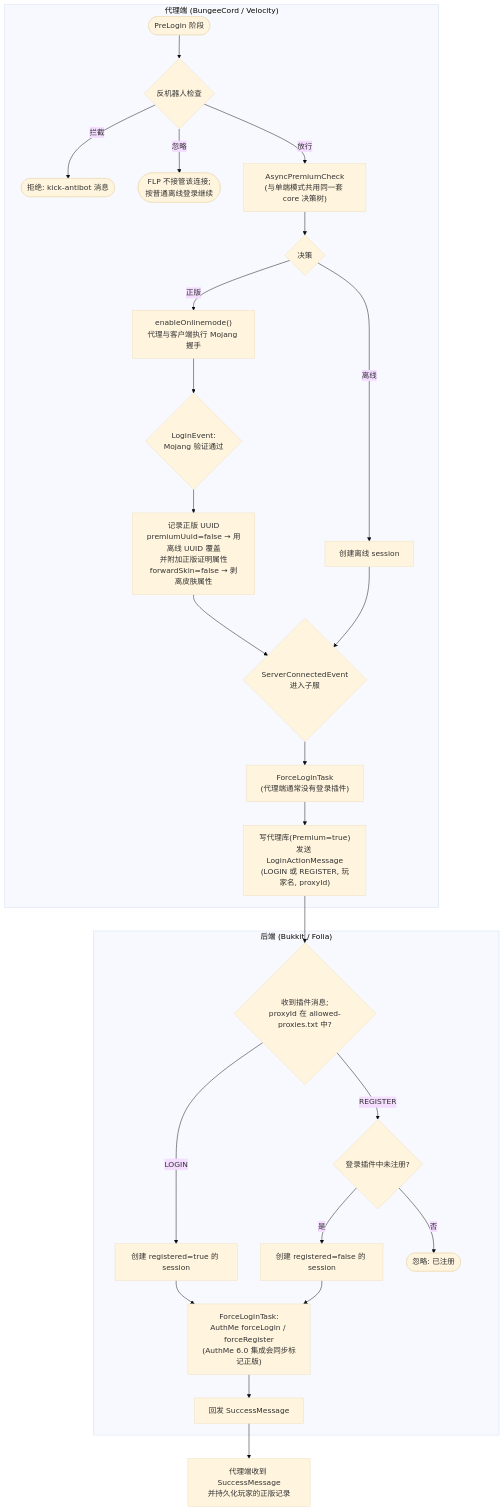
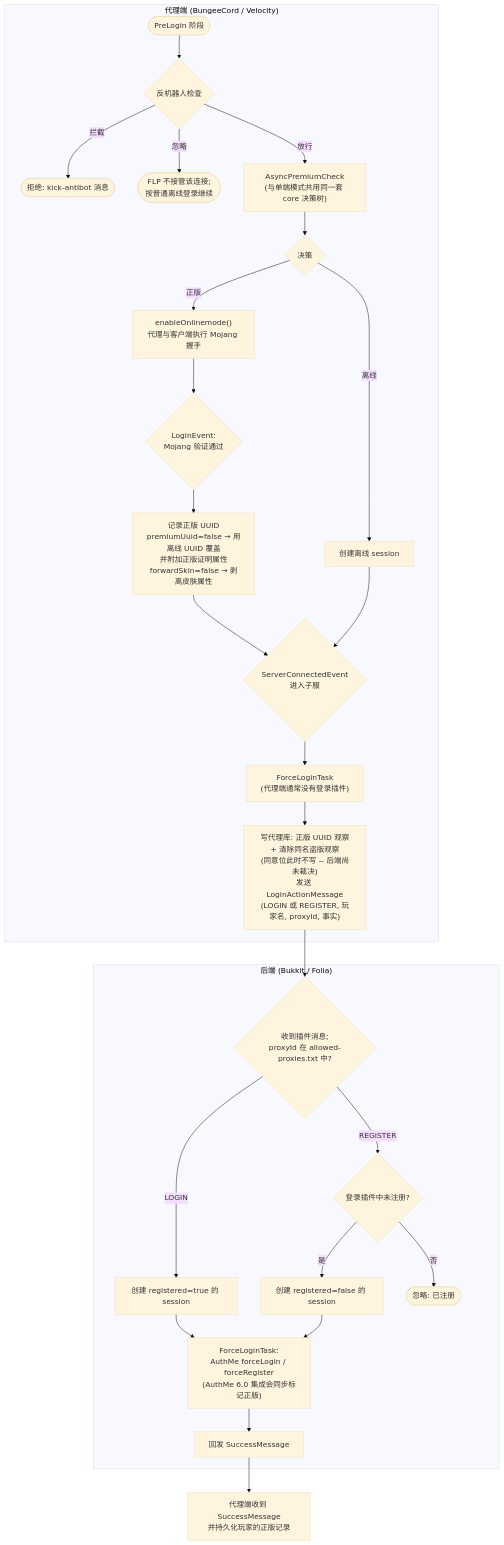
One commit to Hayston1001/FastLoginPlus changed the fourth of 4 diagrams in docs/zh/LOGIN-FLOW.md. Above: the diagram before and after it, drawn with Mermaid (base theme). The commit also changed other lines of this file and 1 other file, not shown here.

````diff
--- a/docs/zh/LOGIN-FLOW.md
+++ b/docs/zh/LOGIN-FLOW.md
@@ -222,32 +224,32 @@
 ```mermaid
 flowchart TD
     subgraph PROXY ["代理端 (BungeeCord / Velocity)"]
         P1([PreLogin 阶段]) --> P2{反机器人检查}
         P2 -->|拦截| P3([拒绝: kick-antibot 消息])
         P2 -->|忽略| P4([FLP 不接管该连接;<br/>按普通离线登录继续])
         P2 -->|放行| P5["AsyncPremiumCheck<br/>(与单端模式共用同一套 core 决策树)"]
         P5 --> P6{决策}
         P6 -->|正版| P7["enableOnlinemode()<br/>代理与客户端执行 Mojang 握手"]
         P6 -->|离线| P8[创建离线 session]
         P7 --> P9{"LoginEvent:<br/>Mojang 验证通过"}
         P9 --> P10["记录正版 UUID<br/>premiumUuid=false → 用离线 UUID 覆盖<br/>并附加正版证明属性<br/>forwardSkin=false → 剥离皮肤属性"]
         P10 --> P11
         P8 --> P11{"ServerConnectedEvent<br/>进入子服"}
         P11 --> P12["ForceLoginTask<br/>(代理端通常没有登录插件)"]
-        P12 --> P13["写代理库(Premium=true)<br/>发送 LoginActionMessage<br/>(LOGIN 或 REGISTER, 玩家名, proxyId)"]
+        P12 --> P13["写代理库: 正版 UUID 观察<br/>+ 清除同名盗版观察<br/>(同意位此时不写 -- 后端尚未裁决)<br/>发送 LoginActionMessage<br/>(LOGIN 或 REGISTER, 玩家名, proxyId, 事实)"]
     end
 
     subgraph BACKEND ["后端 (Bukkit / Folia)"]
         B1{"收到插件消息;<br/>proxyId 在 allowed-proxies.txt 中?"}
         B1 -->|LOGIN| B2["创建 registered=true 的 session"]
         B1 -->|REGISTER| B3{"登录插件中未注册?"}
         B3 -->|是| B4["创建 registered=false 的 session"]
         B3 -->|否| B5([忽略: 已注册])
         B2 --> B6["ForceLoginTask:<br/>AuthMe forceLogin / forceRegister<br/>(AuthMe 6.0 集成会同步标记正版)"]
         B4 --> B6
         B6 --> B7["回发 SuccessMessage"]
     end
 
     P13 --> B1
     B7 --> P14["代理端收到 SuccessMessage<br/>并持久化玩家的正版记录"]
 ```
````
